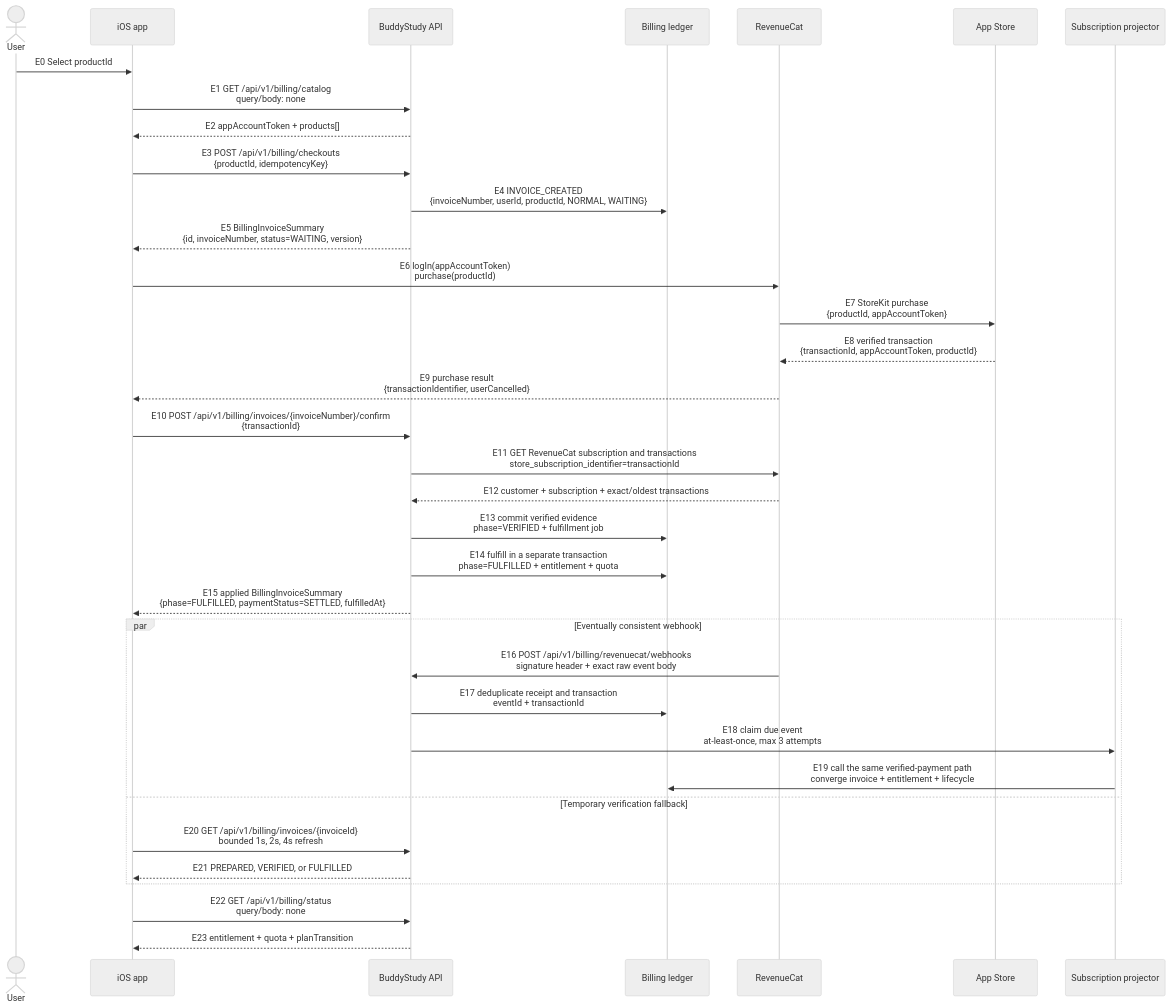
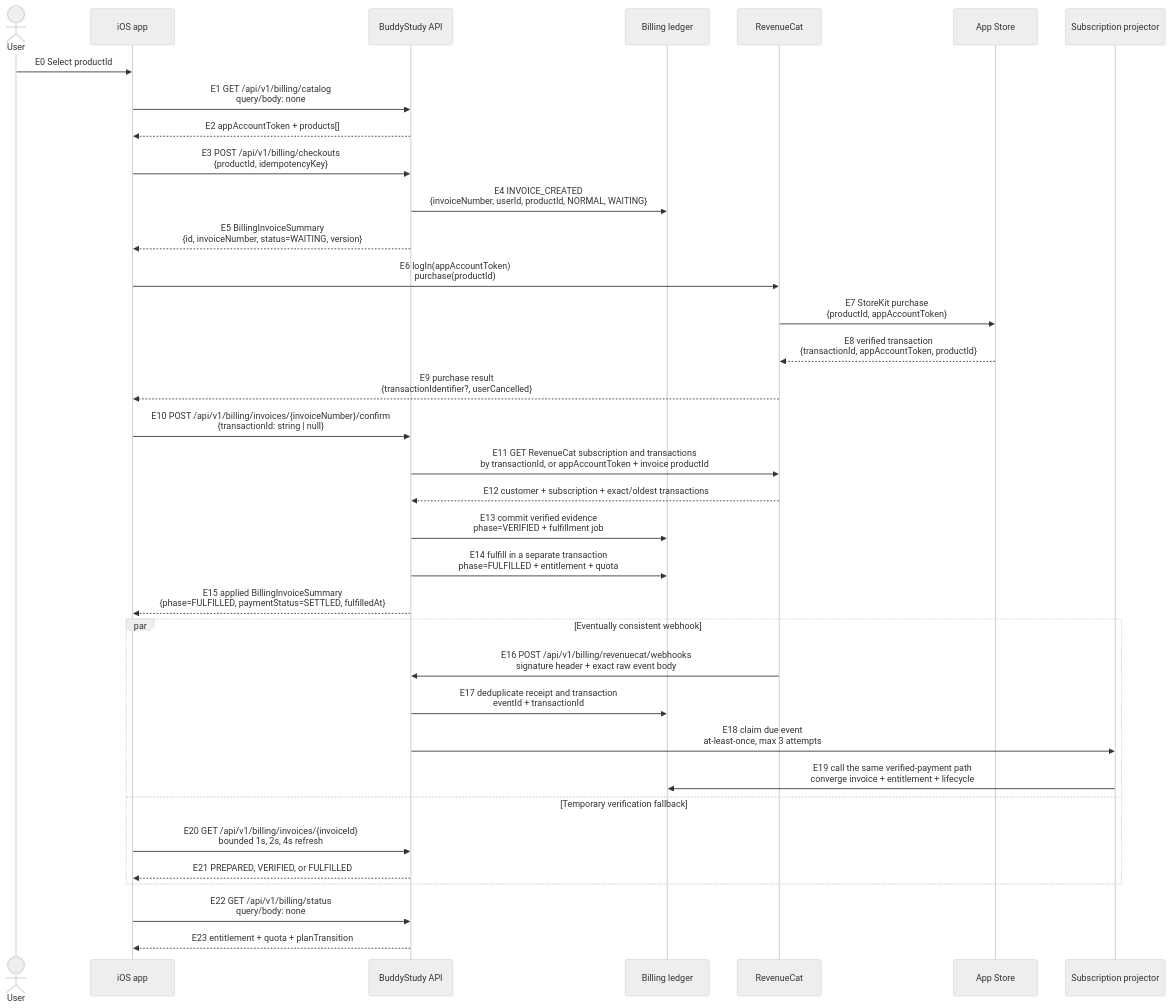
One commit to ghkdqhrbals/buddy-studdy changed the diagram in docs/BILLING.md. Above: the diagram before and after it, drawn with Mermaid (neutral theme). The commit also changed other lines of this file and 16 other files, not shown here.

Commit message:
Fix RevenueCat invoice confirmation recovery

````diff
--- a/docs/BILLING.md
+++ b/docs/BILLING.md
@@ -199,38 +202,38 @@
 ```mermaid
 sequenceDiagram
     actor User
     participant App as iOS app
     participant API as BuddyStudy API
     participant DB as Billing ledger
     participant RC as RevenueCat
     participant Apple as App Store
     participant Worker as Subscription projector
 
     User->>App: E0 Select productId
     App->>API: E1 GET /api/v1/billing/catalog<br/>query/body: none
     API-->>App: E2 appAccountToken + products[]
     App->>API: E3 POST /api/v1/billing/checkouts<br/>{productId, idempotencyKey}
     API->>DB: E4 INVOICE_CREATED<br/>{invoiceNumber, userId, productId, NORMAL, WAITING}
     API-->>App: E5 BillingInvoiceSummary<br/>{id, invoiceNumber, status=WAITING, version}
     App->>RC: E6 logIn(appAccountToken)<br/>purchase(productId)
     RC->>Apple: E7 StoreKit purchase<br/>{productId, appAccountToken}
     Apple-->>RC: E8 verified transaction<br/>{transactionId, appAccountToken, productId}
-    RC-->>App: E9 purchase result<br/>{transactionIdentifier, userCancelled}
-    App->>API: E10 POST /api/v1/billing/invoices/{invoiceNumber}/confirm<br/>{transactionId}
-    API->>RC: E11 GET RevenueCat subscription and transactions<br/>store_subscription_identifier=transactionId
+    RC-->>App: E9 purchase result<br/>{transactionIdentifier?, userCancelled}
+    App->>API: E10 POST /api/v1/billing/invoices/{invoiceNumber}/confirm<br/>{transactionId: string | null}
+    API->>RC: E11 GET RevenueCat subscription and transactions<br/>by transactionId, or appAccountToken + invoice productId
     RC-->>API: E12 customer + subscription + exact/oldest transactions
     API->>DB: E13 commit verified evidence<br/>phase=VERIFIED + fulfillment job
     API->>DB: E14 fulfill in a separate transaction<br/>phase=FULFILLED + entitlement + quota
     API-->>App: E15 applied BillingInvoiceSummary<br/>{phase=FULFILLED, paymentStatus=SETTLED, fulfilledAt}
     par Eventually consistent webhook
         RC->>API: E16 POST /api/v1/billing/revenuecat/webhooks<br/>signature header + exact raw event body
         API->>DB: E17 deduplicate receipt and transaction<br/>eventId + transactionId
         API->>Worker: E18 claim due event<br/>at-least-once, max 3 attempts
         Worker->>DB: E19 call the same verified-payment path<br/>converge invoice + entitlement + lifecycle
     and Temporary verification fallback
         App->>API: E20 GET /api/v1/billing/invoices/{invoiceId}<br/>bounded 1s, 2s, 4s refresh
         API-->>App: E21 PREPARED, VERIFIED, or FULFILLED
     end
     App->>API: E22 GET /api/v1/billing/status<br/>query/body: none
     API-->>App: E23 entitlement + quota + planTransition
 ```
````
